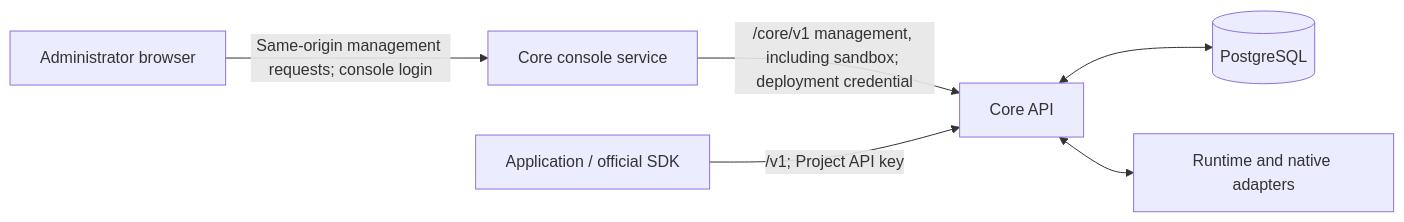
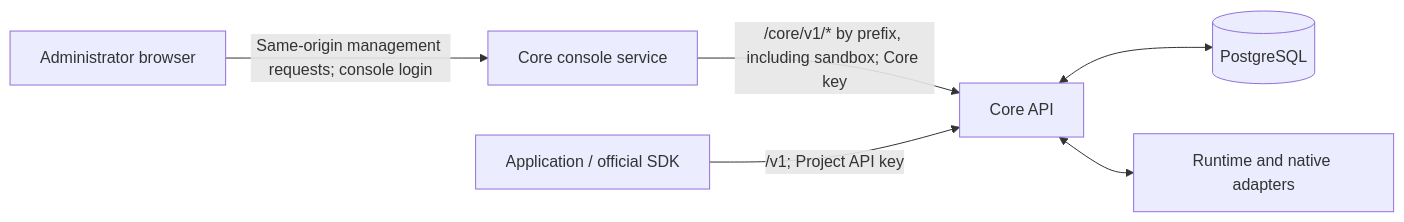
One commit to MiniMax-AI/OpenAgentCore changed the diagram in docs/web/architecture.md. Above: the diagram before and after it, drawn with Mermaid. The commit also changed other lines of this file and 6 other files, not shown here.

Commit message:
Describe the console's /core/v1 prefix forwarding in the Web docs

````diff
--- a/docs/web/architecture.md
+++ b/docs/web/architecture.md
@@ -13,15 +13,15 @@
 ```mermaid
 flowchart LR
   browser["Administrator browser"]
   console["Core console service"]
   core["Core API"]
   database[("PostgreSQL")]
   application["Application / official SDK"]
   runtime["Runtime and native adapters"]
 
   browser -->|"Same-origin management requests; console login"| console
-  console -->|"/core/v1 management, including sandbox; deployment credential"| core
+  console -->|"/core/v1/* by prefix, including sandbox; Core key"| core
   application -->|"/v1; Project API key"| core
   core <--> database
   core <--> runtime
 ```
````
